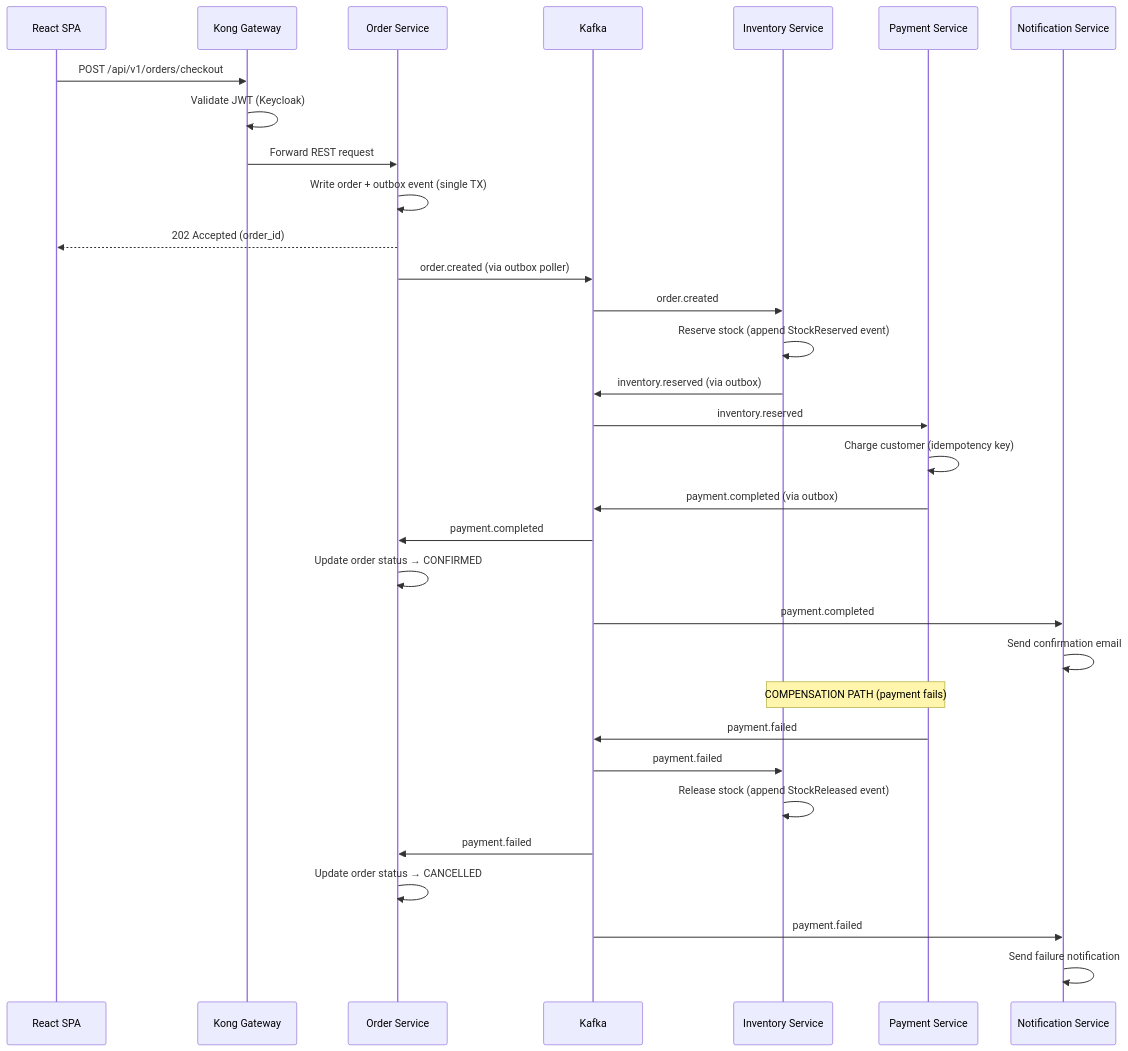
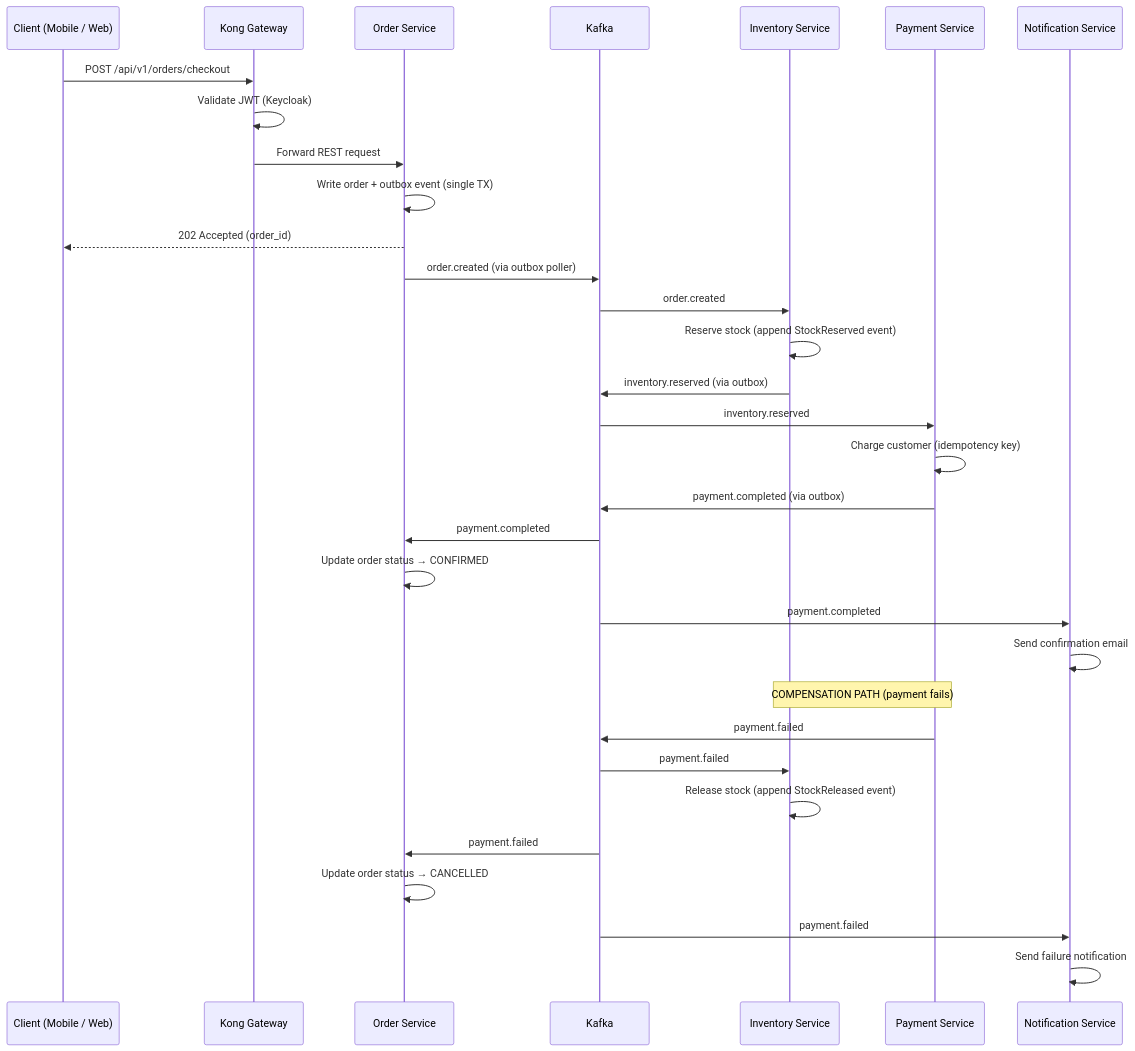
One commit to dvlpr-anas/ecommerce-system-design changed the third of 5 diagrams in docs/ecommerce-microservices-design.md. Above: the diagram before and after it, drawn with Mermaid. The commit also changed other lines of this file and 6 other files, not shown here.

````diff
--- a/docs/ecommerce-microservices-design.md
+++ b/docs/ecommerce-microservices-design.md
@@ -189,41 +216,41 @@
 ```mermaid
 sequenceDiagram
-    participant Client as React SPA
+    participant Client as Client (Mobile / Web)
     participant Kong as Kong Gateway
     participant Order as Order Service
     participant Kafka as Kafka
     participant Inventory as Inventory Service
     participant Payment as Payment Service
     participant Notify as Notification Service
 
     Client->>Kong: POST /api/v1/orders/checkout
     Kong->>Kong: Validate JWT (Keycloak)
     Kong->>Order: Forward REST request
 
     Order->>Order: Write order + outbox event (single TX)
     Order-->>Client: 202 Accepted (order_id)
 
     Order->>Kafka: order.created (via outbox poller)
     Kafka->>Inventory: order.created
     Inventory->>Inventory: Reserve stock (append StockReserved event)
     Inventory->>Kafka: inventory.reserved (via outbox)
 
     Kafka->>Payment: inventory.reserved
     Payment->>Payment: Charge customer (idempotency key)
     Payment->>Kafka: payment.completed (via outbox)
 
     Kafka->>Order: payment.completed
     Order->>Order: Update order status → CONFIRMED
 
     Kafka->>Notify: payment.completed
     Notify->>Notify: Send confirmation email
 
     Note over Payment,Inventory: COMPENSATION PATH (payment fails)
     Payment->>Kafka: payment.failed
     Kafka->>Inventory: payment.failed
     Inventory->>Inventory: Release stock (append StockReleased event)
     Kafka->>Order: payment.failed
     Order->>Order: Update order status → CANCELLED
     Kafka->>Notify: payment.failed
     Notify->>Notify: Send failure notification
 ```
````
